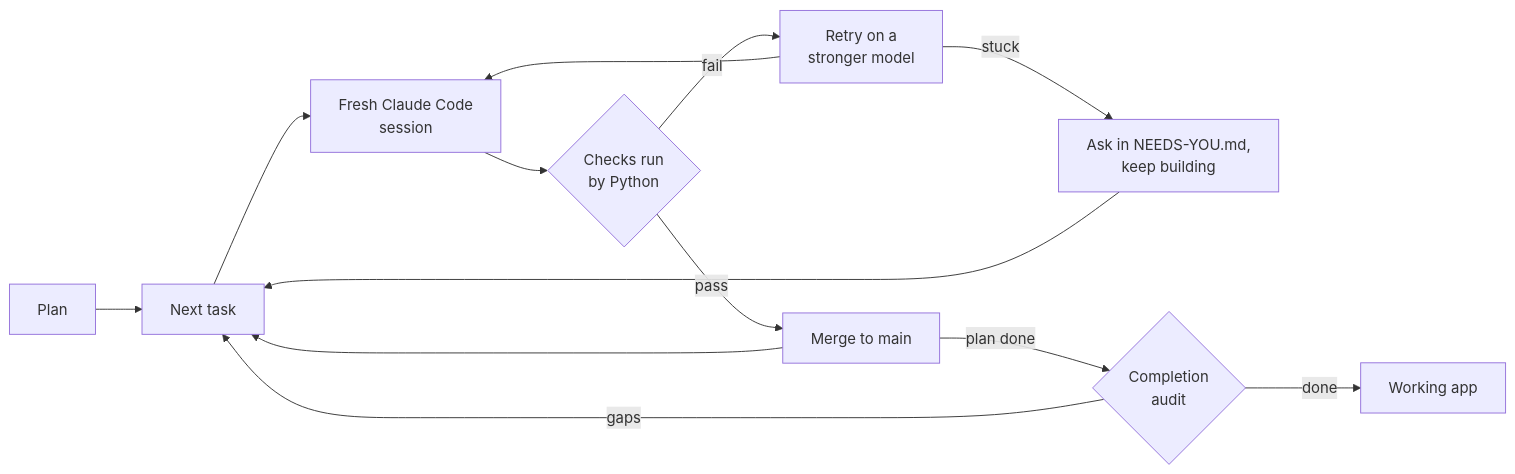
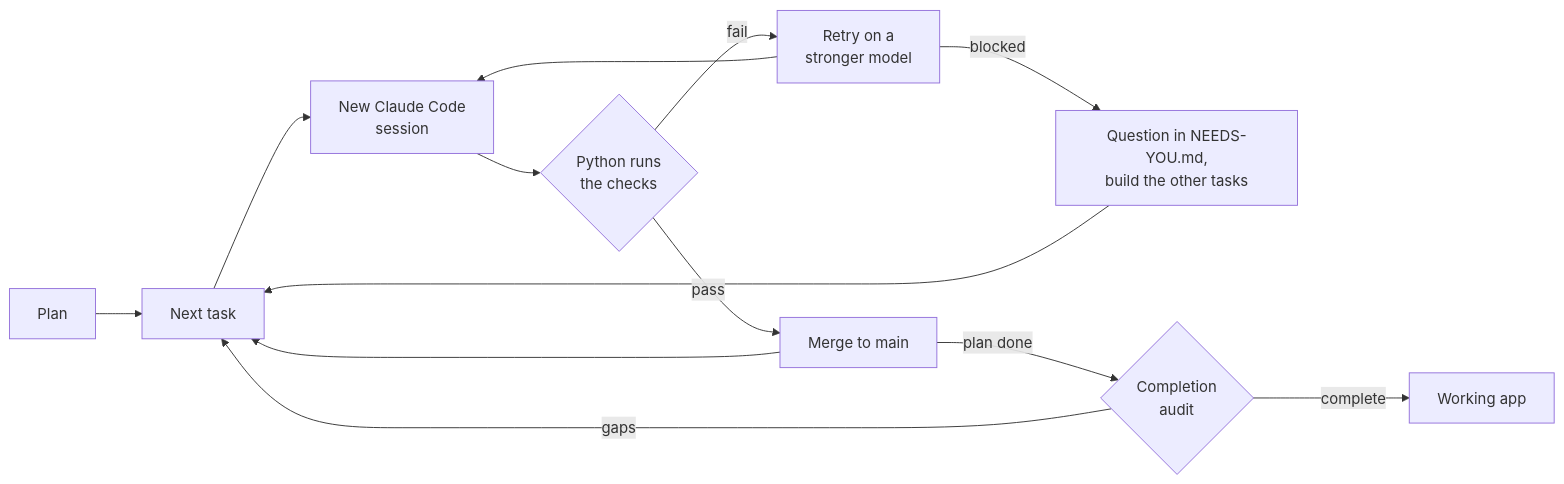
The diagram in README.md (manishjnv/AutoPilot), drawn with Mermaid before and after one commit. The commit also changed other lines of this file and 5 other files, not shown here.

````diff
--- a/README.md
+++ b/README.md
@@ -24,15 +25,17 @@
 ```mermaid
 flowchart LR
+    accTitle: How Autopilot builds a plan
+    accDescr: Each task runs in a new Claude Code session. Python runs the checks. A pass merges to main, a fail retries on a stronger model, and a blocked task becomes a question while the other tasks continue. At the end, a completion audit adds tasks for gaps.
     plan["Plan"] --> task["Next task"]
-    task --> session["Fresh Claude Code<br/>session"]
-    session --> gate{"Checks run<br/>by Python"}
+    task --> session["New Claude Code<br/>session"]
+    session --> gate{"Python runs<br/>the checks"}
     gate -->|pass| merge["Merge to main"]
     gate -->|fail| retry["Retry on a<br/>stronger model"]
     retry --> session
-    retry -->|stuck| park["Ask in NEEDS-YOU.md,<br/>keep building"]
+    retry -->|blocked| park["Question in NEEDS-YOU.md,<br/>build the other tasks"]
     park --> task
     merge --> task
     merge -->|plan done| audit{"Completion<br/>audit"}
     audit -->|gaps| task
-    audit -->|done| app["Working app"]
+    audit -->|complete| app["Working app"]
 ```
````
